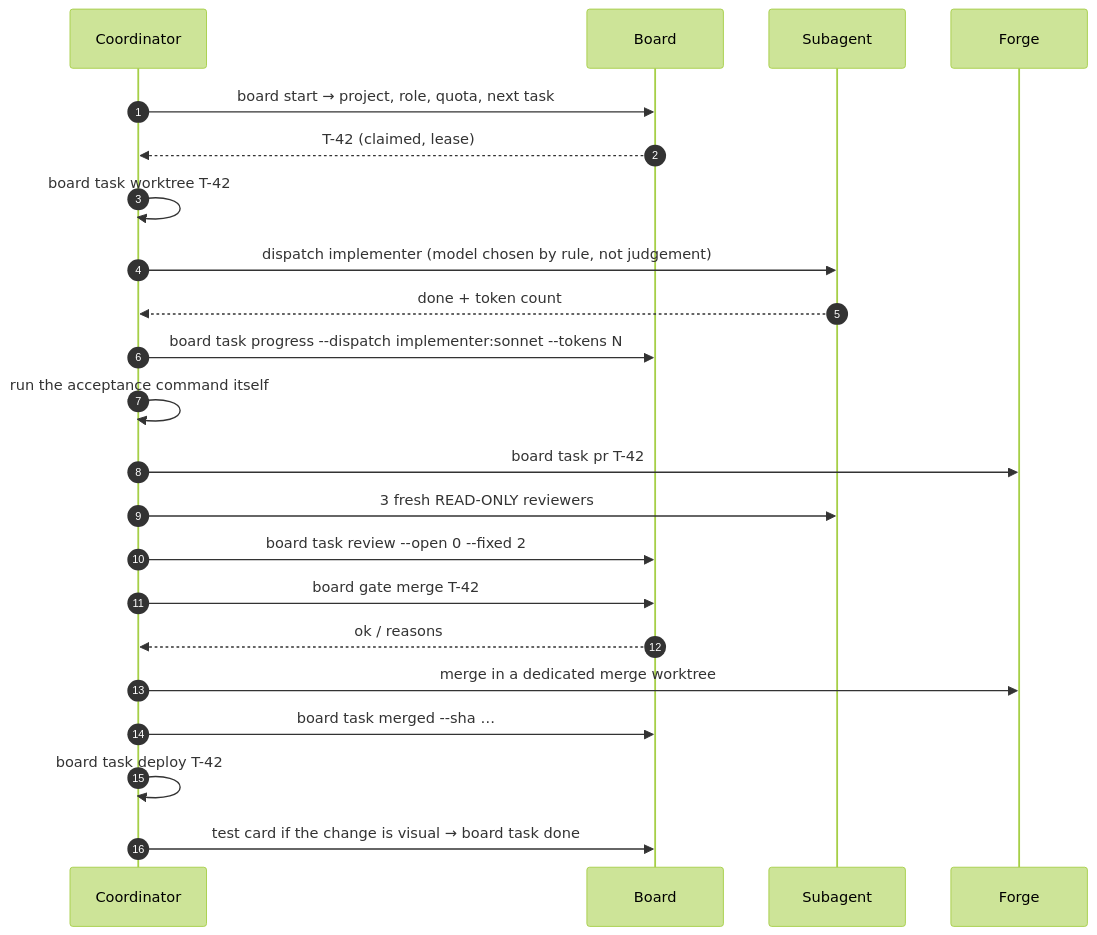
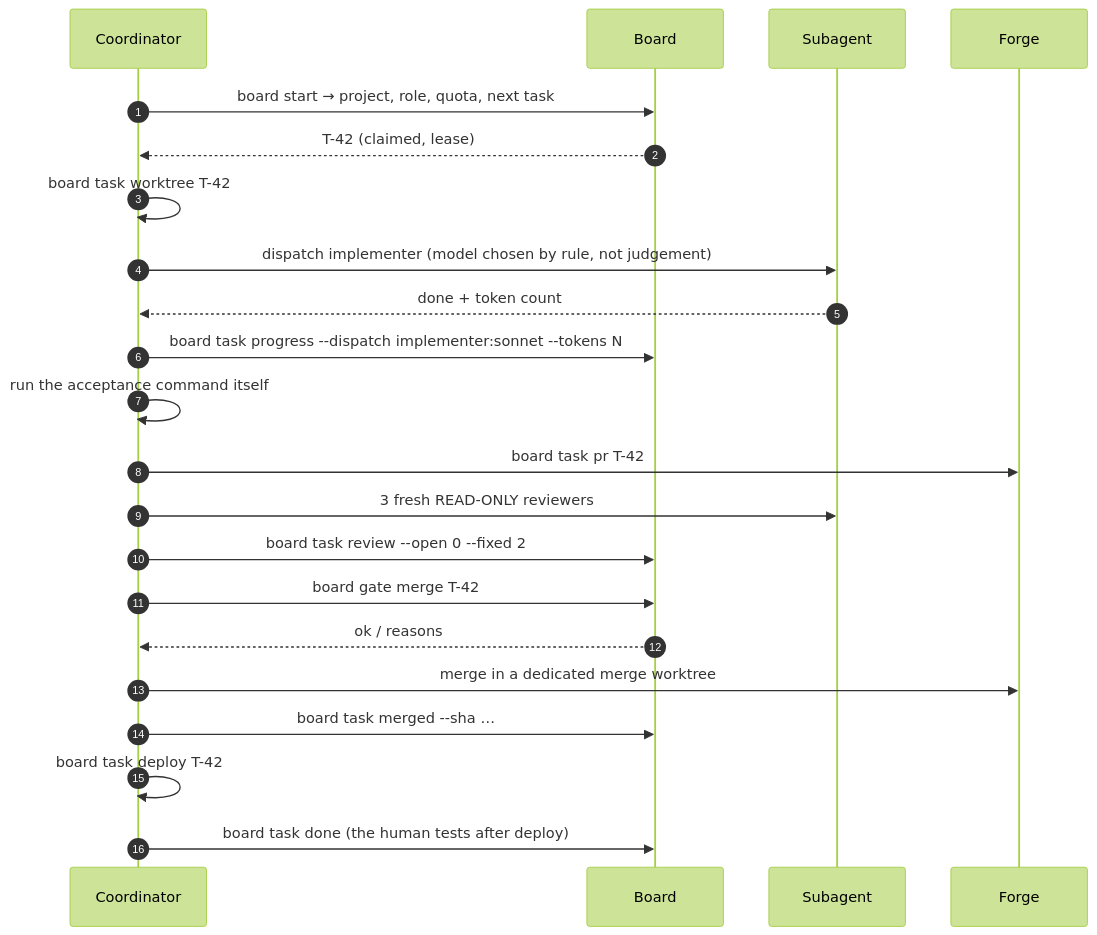
One commit to knobo/next changed the second of 3 diagrams in README.md. Above: the diagram before and after it, drawn with Mermaid (forest theme). The commit also changed other lines of this file and 13 other files, not shown here.

First line of the commit message:
T-352: remove the human test stage (test-level, test cards, test queue, human OK in the gate)

````diff
--- a/README.md
+++ b/README.md
@@ -77,25 +76,25 @@
 ```mermaid
 sequenceDiagram
     autonumber
     participant C as Coordinator
     participant B as Board
     participant S as Subagent
     participant F as Forge
 
     C->>B: board start → project, role, quota, next task
     B-->>C: T-42 (claimed, lease)
     C->>C: board task worktree T-42
     C->>S: dispatch implementer (model chosen by rule, not judgement)
     S-->>C: done + token count
     C->>B: board task progress --dispatch implementer:sonnet --tokens N
     C->>C: run the acceptance command itself
     C->>F: board task pr T-42
     C->>S: 3 fresh READ-ONLY reviewers
     C->>B: board task review --open 0 --fixed 2
     C->>B: board gate merge T-42
     B-->>C: ok / reasons
     C->>F: merge in a dedicated merge worktree
     C->>B: board task merged --sha …
     C->>C: board task deploy T-42
-    C->>B: test card if the change is visual → board task done
+    C->>B: board task done (the human tests after deploy)
 ```
````
